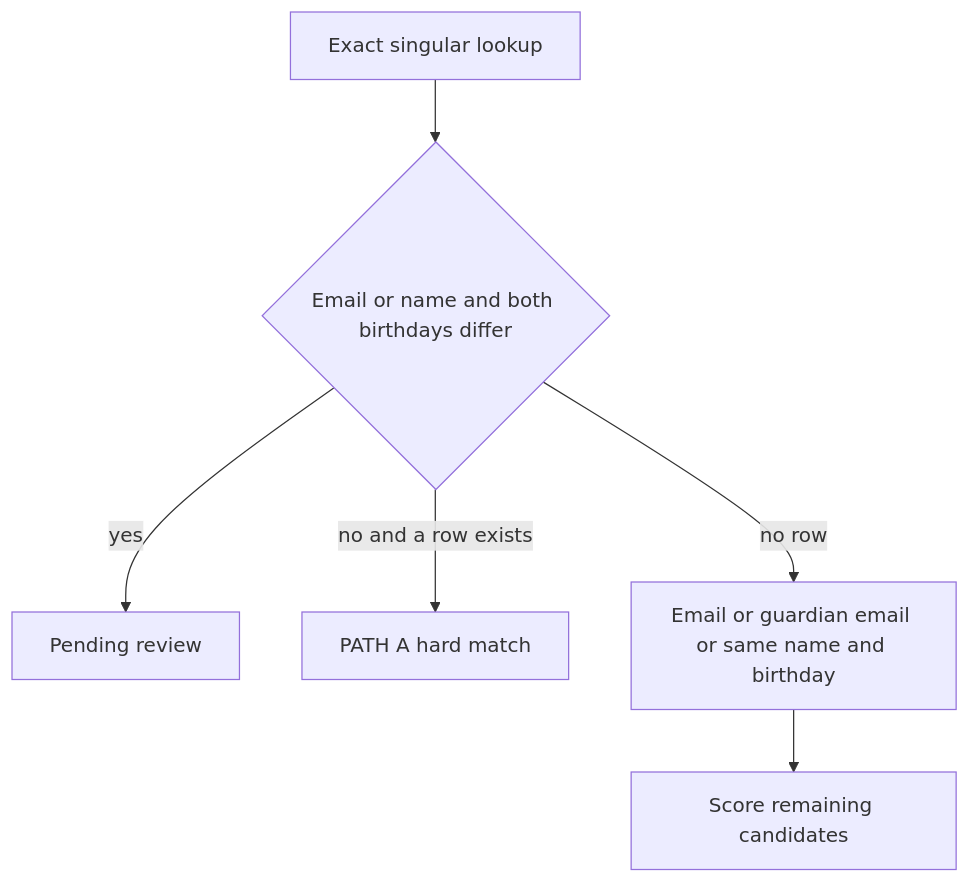
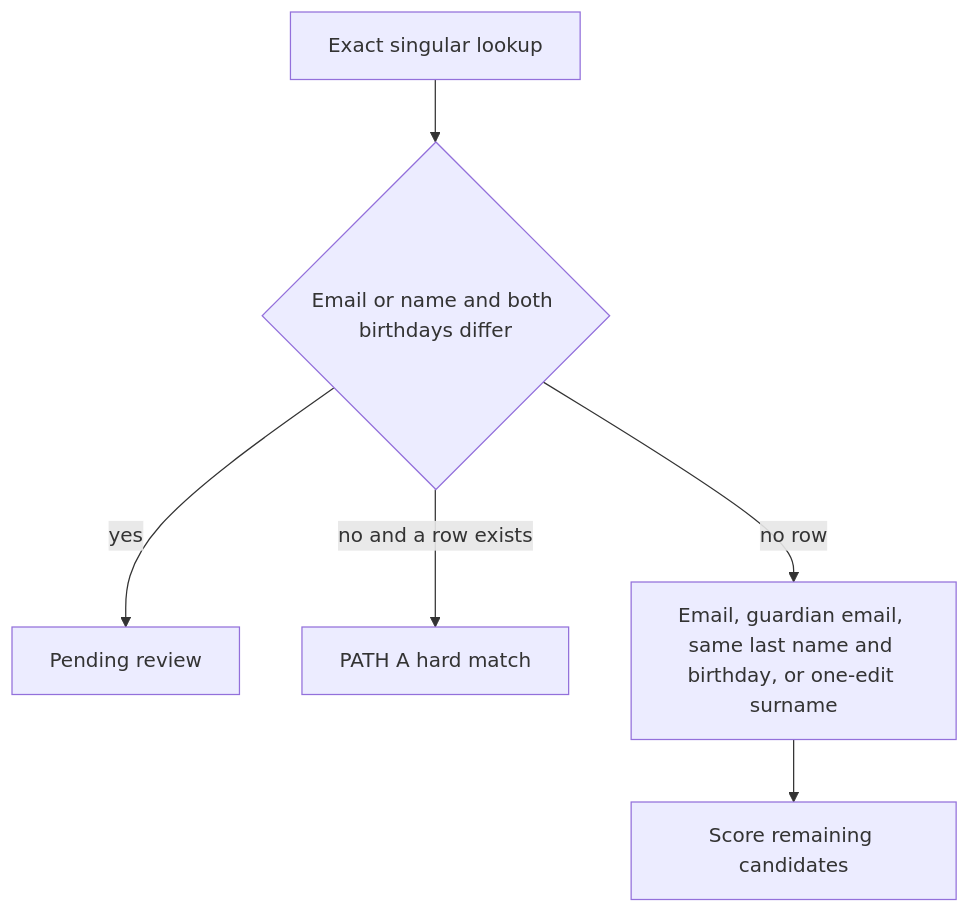
Before and after one commit to AFranklin30/golden-record: the diagram in docs/engineering/matching-policy.md, drawn with Mermaid. The commit also changed other lines of this file and 7 other files, not shown here.

First line of the commit message:
Retrieve a one-edit surname when the first name and birthday already match.

````diff
--- a/docs/engineering/matching-policy.md
+++ b/docs/engineering/matching-policy.md
@@ -17,13 +17,13 @@
 ```mermaid
 flowchart TD
   lookup[Exact singular lookup]
   emailName{Email or name and both birthdays differ}
   review[Pending review]
   hard[PATH A hard match]
-  block[Email or guardian email or same name and birthday]
+  block[Email, guardian email, same last name and birthday, or one-edit surname]
   score[Score remaining candidates]
   lookup --> emailName
   emailName -->|yes| review
   emailName -->|no and a row exists| hard
   emailName -->|no row| block --> score
 ```
````
